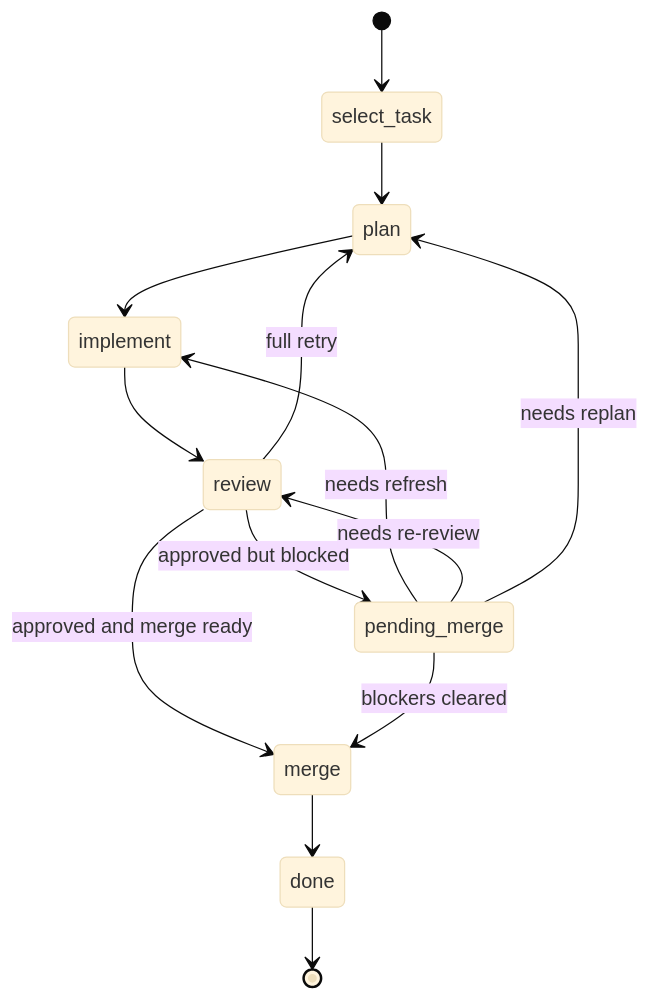
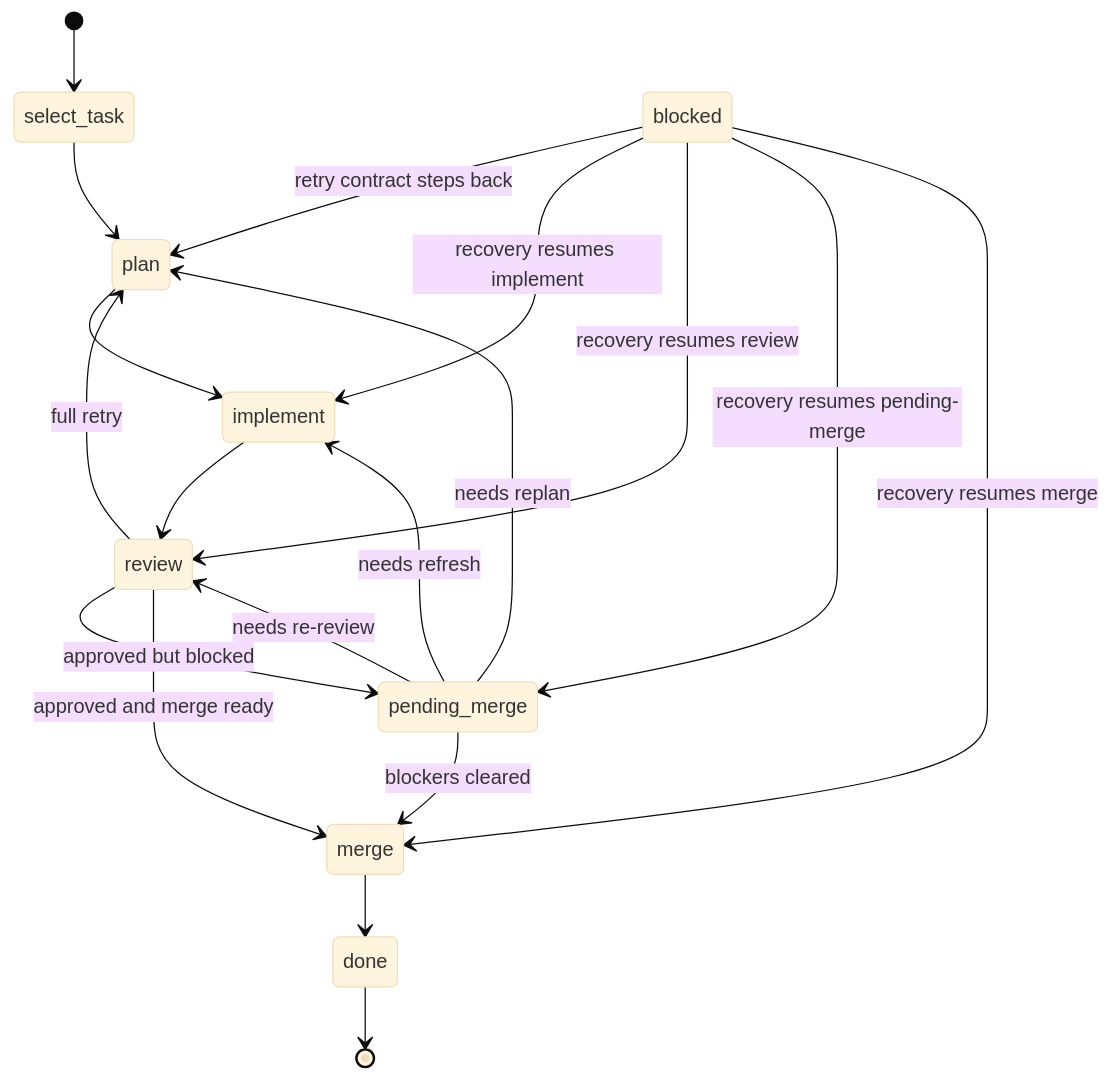
Before and after one commit to swaitw/orchestrator-skill: the second of 2 diagrams in skills/run-orchestrator-loop/references/state-machine.md, drawn with Mermaid (base theme). The commit also changed other lines of this file and 26 other files, not shown here.

````diff
--- a/skills/run-orchestrator-loop/references/state-machine.md
+++ b/skills/run-orchestrator-loop/references/state-machine.md
@@ -84,16 +95,21 @@
 ```mermaid
 stateDiagram-v2
     [*] --> select_task
     select_task --> plan
     plan --> implement
     implement --> review
     review --> plan: full retry
     review --> pending_merge: approved but blocked
     review --> merge: approved and merge ready
     pending_merge --> implement: needs refresh
     pending_merge --> review: needs re-review
     pending_merge --> plan: needs replan
     pending_merge --> merge: blockers cleared
+    blocked --> plan: retry contract steps back
+    blocked --> implement: recovery resumes implement
+    blocked --> review: recovery resumes review
+    blocked --> pending_merge: recovery resumes pending-merge
+    blocked --> merge: recovery resumes merge
     merge --> done
     done --> [*]
 ```
````
